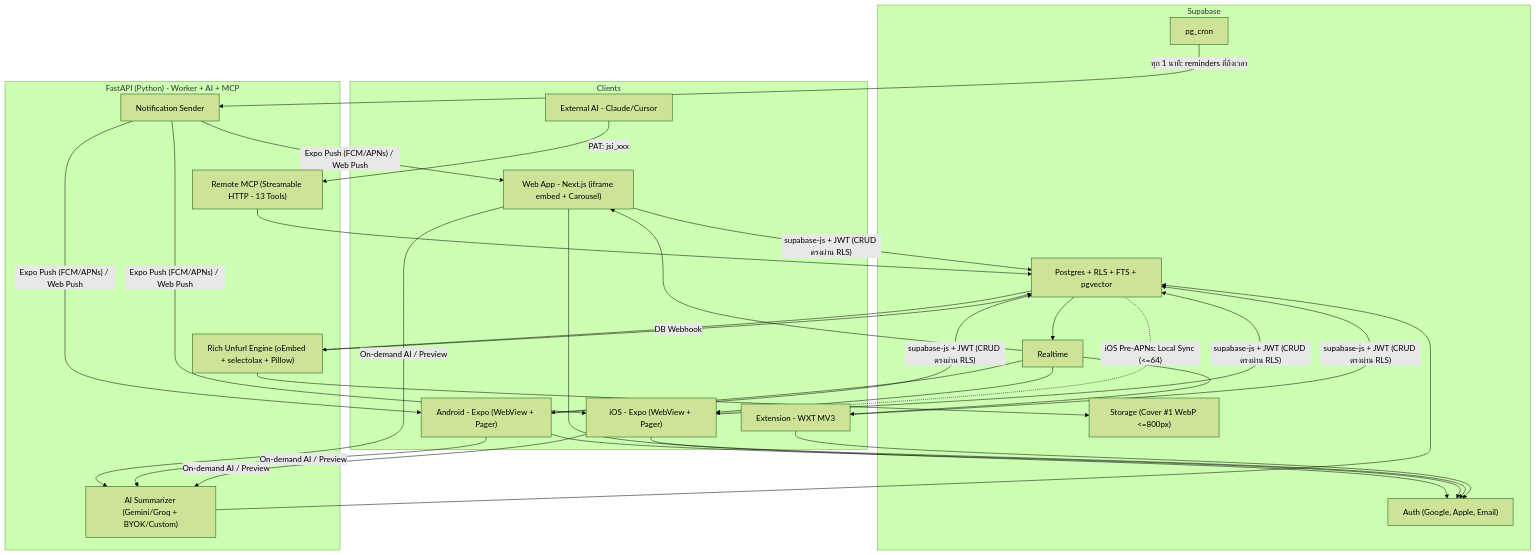
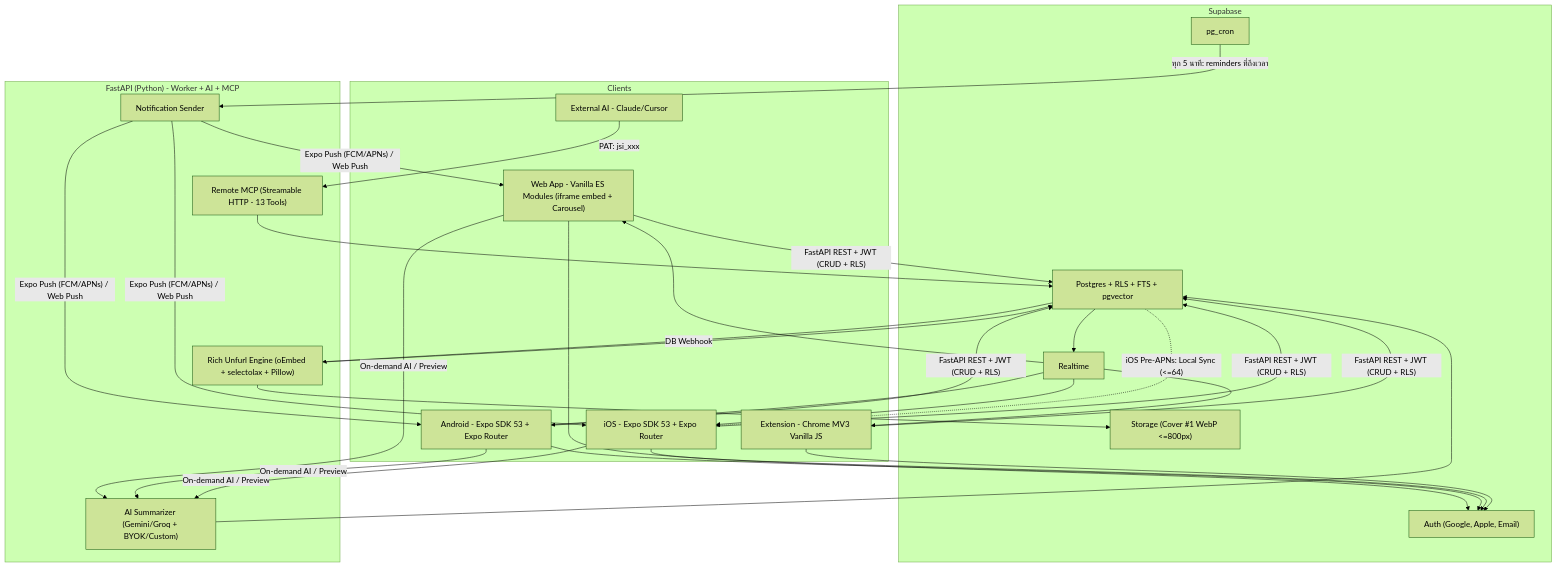
Before and after one commit to Ws303/Just-Save-It-: the second of 2 diagrams in PRODUCT_SPEC.md, drawn with Mermaid (forest theme). The commit also changed 41 other files, not shown here.

Commit message:
feat(v2-polish): unify brand icons, fix Android crash, rich video embeds, Cherry Extension calendar, and CHRIS fixes

````diff
--- a/PRODUCT_SPEC.md
+++ b/PRODUCT_SPEC.md
@@ -181,32 +181,32 @@
 ```mermaid
 flowchart TD
     subgraph Clients
-        W["Web App - Next.js (iframe embed + Carousel)"]
-        A["Android - Expo (WebView + Pager)"]
-        I["iOS - Expo (WebView + Pager)"]
-        E["Extension - WXT MV3"]
+        W["Web App - Vanilla ES Modules (iframe embed + Carousel)"]
+        A["Android - Expo SDK 53 + Expo Router"]
+        I["iOS - Expo SDK 53 + Expo Router"]
+        E["Extension - Chrome MV3 Vanilla JS"]
         M["External AI - Claude/Cursor"]
     end
     subgraph Supabase
         AUTH["Auth (Google, Apple, Email)"]
         PG["Postgres + RLS + FTS + pgvector"]
         RT["Realtime"]
         ST["Storage (Cover #1 WebP <=800px)"]
         CRON["pg_cron"]
     end
     subgraph FastAPI["FastAPI (Python) - Worker + AI + MCP"]
         UNF["Rich Unfurl Engine (oEmbed + selectolax + Pillow)"]
         AI["AI Summarizer (Gemini/Groq + BYOK/Custom)"]
         NOTI["Notification Sender"]
         MCP["Remote MCP (Streamable HTTP - 13 Tools)"]
     end
-    W & A & I & E -->|"supabase-js + JWT (CRUD ตรงผ่าน RLS)"| PG
+    W & A & I & E -->|"FastAPI REST + JWT (CRUD + RLS)"| PG
     W & A & I & E --> AUTH
     PG --> RT --> W & A & I & E
     PG -->|"DB Webhook"| UNF --> ST
     UNF --> PG
     W & A & I -->|"On-demand AI / Preview"| AI --> PG
-    CRON -->|"ทุก 1 นาที: reminders ที่ถึงเวลา"| NOTI -->|"Expo Push (FCM/APNs) / Web Push"| A & I & W
+    CRON -->|"ทุก 5 นาที: reminders ที่ถึงเวลา"| NOTI -->|"Expo Push (FCM/APNs) / Web Push"| A & I & W
     PG -.->|"iOS Pre-APNs: Local Sync (<=64)"| I
     M -->|"PAT: jsi_xxx"| MCP --> PG
 ```
````
